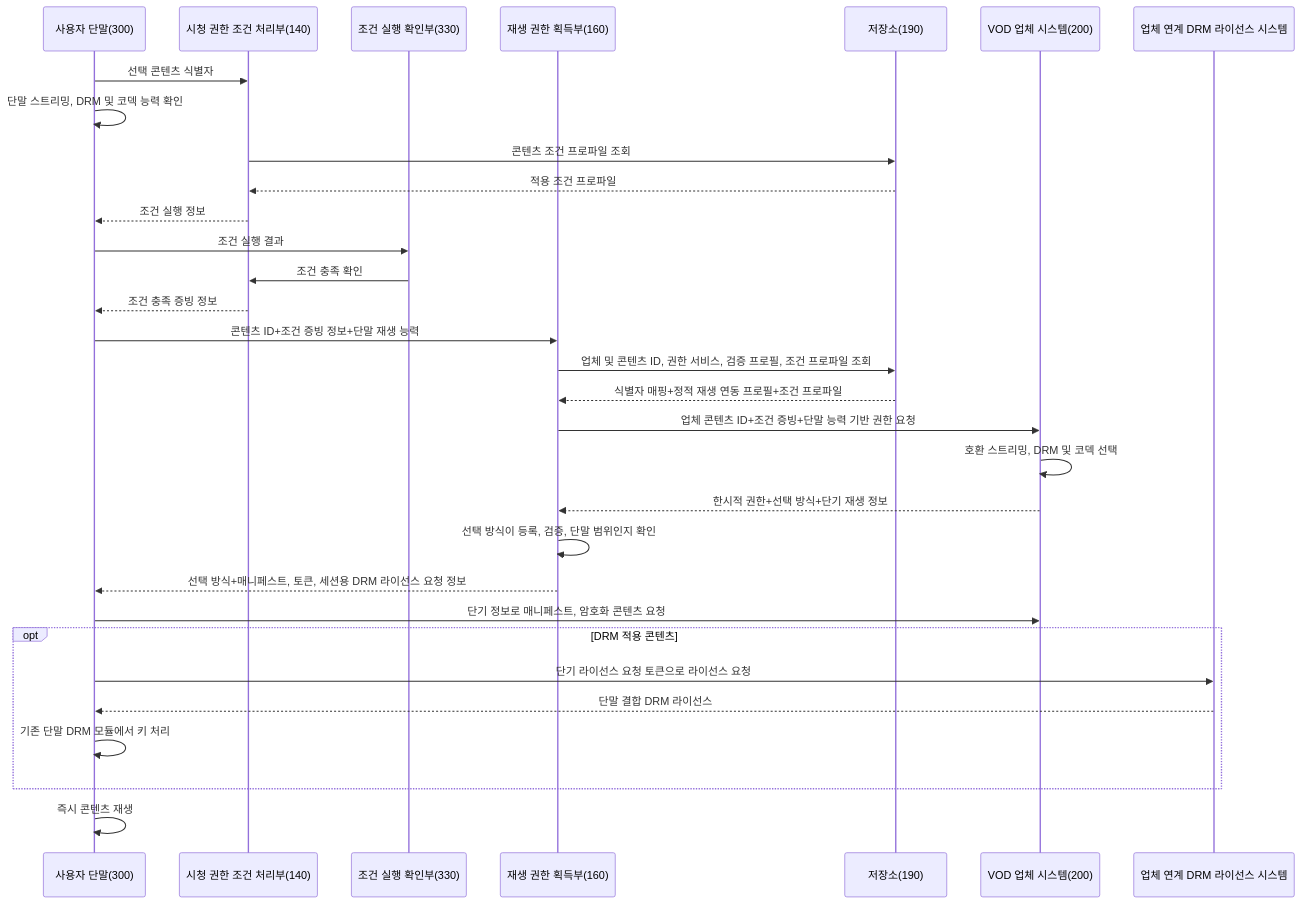
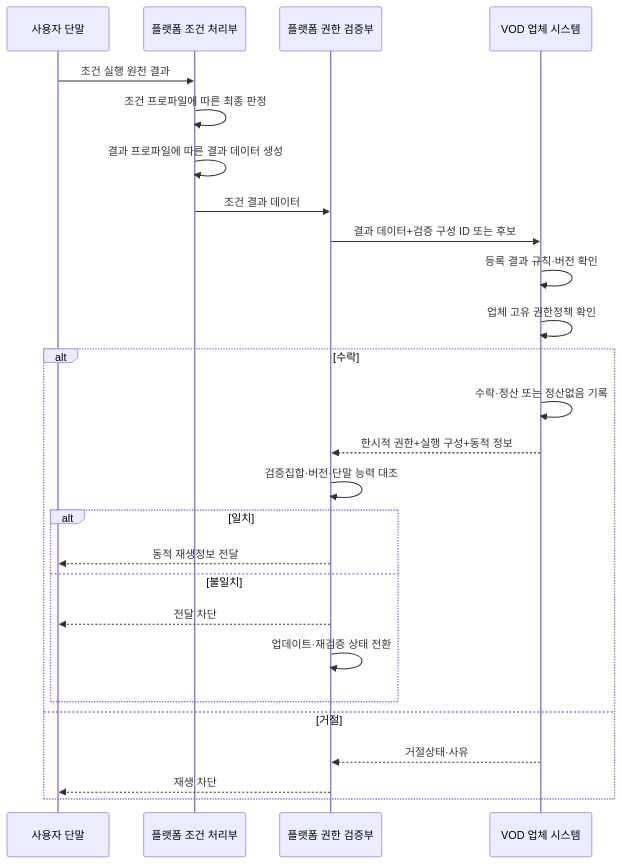
One commit to growdai1y/instant-play changed diagram 13 of 14 in instant_play_직무발명서.md. Above: the diagram before and after it, drawn with Mermaid. The commit also changed other lines of this file and 1 other file, not shown here.

````diff
--- a/instant_play_직무발명서.md
+++ b/instant_play_직무발명서.md
@@ -1283,34 +1376,29 @@
 ```mermaid
 sequenceDiagram
-    participant D as 사용자 단말(300)
-    participant C as 시청 권한 조건 처리부(140)
-    participant E as 조건 실행 확인부(330)
-    participant G as 재생 권한 획득부(160)
-    participant S as 저장소(190)
-    participant V as VOD 업체 시스템(200)
-    participant L as 업체 연계 DRM 라이선스 시스템
+    participant D as 사용자 단말
+    participant P as 플랫폼 조건 처리부
+    participant G as 플랫폼 권한 검증부
+    participant V as VOD 업체 시스템
 
-    D->>C: 선택 콘텐츠 식별자
-    D->>D: 단말 스트리밍, DRM 및 코덱 능력 확인
-    C->>S: 콘텐츠 조건 프로파일 조회
-    S-->>C: 적용 조건 프로파일
-    C-->>D: 조건 실행 정보
-    D->>E: 조건 실행 결과
-    E->>C: 조건 충족 확인
-    C-->>D: 조건 충족 증빙 정보
-    D->>G: 콘텐츠 ID+조건 증빙 정보+단말 재생 능력
-    G->>S: 업체 및 콘텐츠 ID, 권한 서비스, 검증 프로필, 조건 프로파일 조회
-    S-->>G: 식별자 매핑+정적 재생 연동 프로필+조건 프로파일
-    G->>V: 업체 콘텐츠 ID+조건 증빙+단말 능력 기반 권한 요청
-    V->>V: 호환 스트리밍, DRM 및 코덱 선택
-    V-->>G: 한시적 권한+선택 방식+단기 재생 정보
-    G->>G: 선택 방식이 등록, 검증, 단말 범위인지 확인
-    G-->>D: 선택 방식+매니페스트, 토큰, 세션용 DRM 라이선스 요청 정보
-    D->>V: 단기 정보로 매니페스트, 암호화 콘텐츠 요청
-    opt DRM 적용 콘텐츠
-        D->>L: 단기 라이선스 요청 토큰으로 라이선스 요청
-        L-->>D: 단말 결합 DRM 라이선스
-        D->>D: 기존 단말 DRM 모듈에서 키 처리
+    D->>P: 조건 실행 원천 결과
+    P->>P: 조건 프로파일에 따른 최종 판정
+    P->>P: 결과 프로파일에 따른 결과 데이터 생성
+    P->>G: 조건 결과 데이터
+    G->>V: 결과 데이터+검증 구성 ID 또는 후보
+    V->>V: 등록 결과 규칙·버전 확인
+    V->>V: 업체 고유 권한정책 확인
+    alt 수락
+        V->>V: 수락·정산 또는 정산없음 기록
+        V-->>G: 한시적 권한+실행 구성+동적 정보
+        G->>G: 검증집합·버전·단말 능력 대조
+        alt 일치
+            G-->>D: 동적 재생정보 전달
+        else 불일치
+            G-->>D: 전달 차단
+            G->>G: 업데이트·재검증 상태 전환
+        end
+    else 거절
+        V-->>G: 거절상태·사유
+        G-->>D: 재생 차단
     end
-    D->>D: 즉시 콘텐츠 재생
 ```
````
